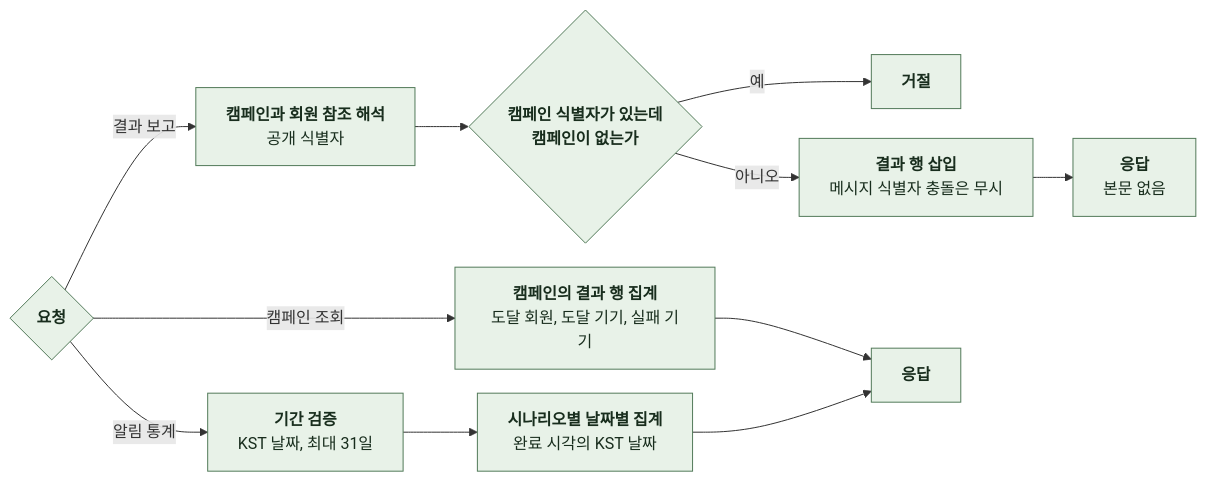
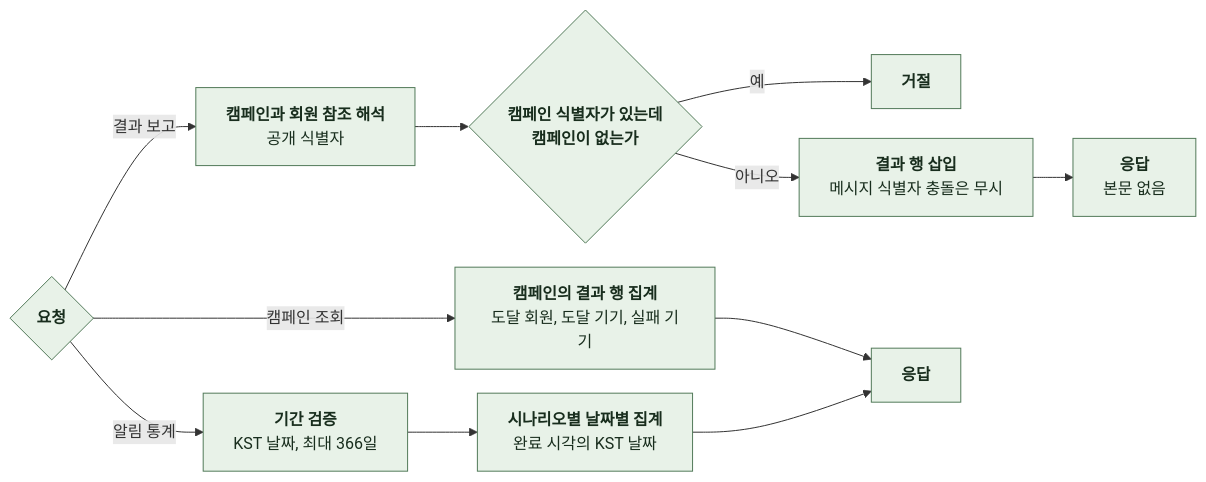
One commit to KIM-N-KANG/knk-harness changed diagram 16 of 16 in docs/domain/NOTIFICATION/BACKEND/4-1-PIPELINES.md. Above: the diagram before and after it, drawn with Mermaid. The commit also changed other lines of this file and 5 other files, not shown here.

````diff
--- a/docs/domain/NOTIFICATION/BACKEND/4-1-PIPELINES.md
+++ b/docs/domain/NOTIFICATION/BACKEND/4-1-PIPELINES.md
@@ -510,23 +510,23 @@
 ```mermaid
 %%{init: {"flowchart": {"curve": "basis", "nodeSpacing": 24, "rankSpacing": 40}}}%%
 flowchart LR
     A{"`**요청**`"} -->|결과 보고| B["`**캠페인과 회원 참조 해석**
 공개 식별자`"]
     B --> C{"`**캠페인 식별자가 있는데
 캠페인이 없는가**`"}
     C -->|예| X["`**거절**`"]
     C -->|아니오| D["`**결과 행 삽입**
 메시지 식별자 충돌은 무시`"]
     D --> E["`**응답**
 본문 없음`"]
     A -->|캠페인 조회| F["`**캠페인의 결과 행 집계**
 도달 회원, 도달 기기, 실패 기기`"]
     A -->|알림 통계| G["`**기간 검증**
-KST 날짜, 최대 31일`"]
+KST 날짜, 최대 366일`"]
     G --> H["`**시나리오별 날짜별 집계**
 완료 시각의 KST 날짜`"]
     F --> I["`**응답**`"]
     H --> I
     classDef comp fill:#E8F2E8,stroke:#527A59,color:#182D1D
     class A,B,C,D,E,F,G,H,I,X comp
 ```
````
